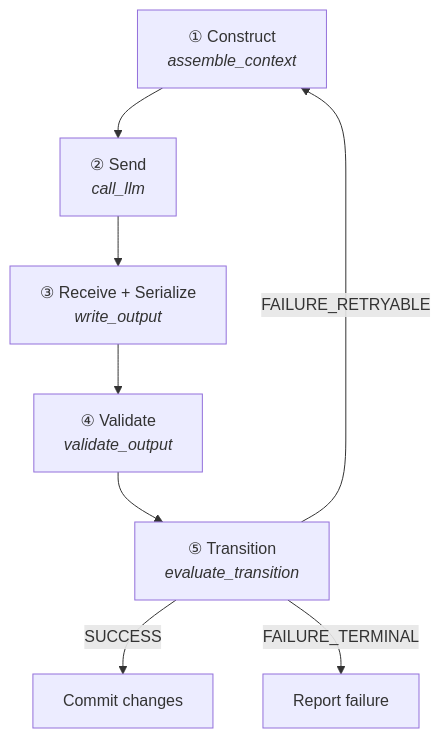
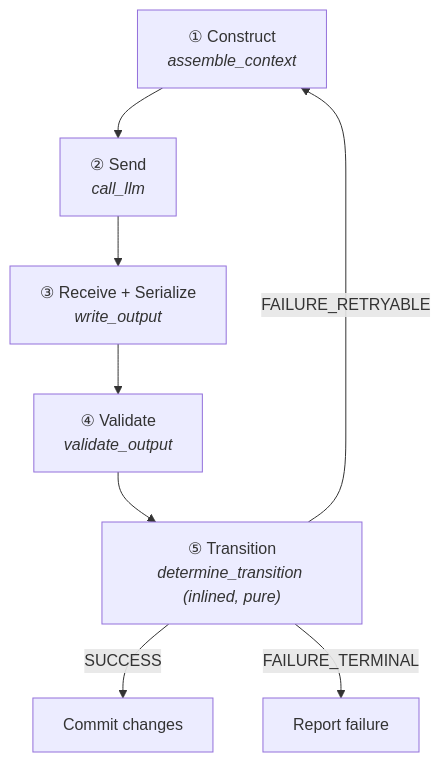
One commit to stevegsax/forge changed the second of 10 diagrams in docs/ARCHITECTURE.md. Above: the diagram before and after it, drawn with Mermaid. The commit also changed other lines of this file and 24 other files, not shown here.

````diff
--- a/docs/ARCHITECTURE.md
+++ b/docs/ARCHITECTURE.md
@@ -55,14 +55,14 @@
 ```mermaid
 flowchart TD
     A["① Construct<br/><i>assemble_context</i>"]
     B["② Send<br/><i>call_llm</i>"]
     C["③ Receive + Serialize<br/><i>write_output</i>"]
     D["④ Validate<br/><i>validate_output</i>"]
-    E["⑤ Transition<br/><i>evaluate_transition</i>"]
+    E["⑤ Transition<br/><i>determine_transition (inlined, pure)</i>"]
 
     A --> B --> C --> D --> E
 
     E -->|SUCCESS| F[Commit changes]
     E -->|FAILURE_RETRYABLE| A
     E -->|FAILURE_TERMINAL| G[Report failure]
 ```
````
